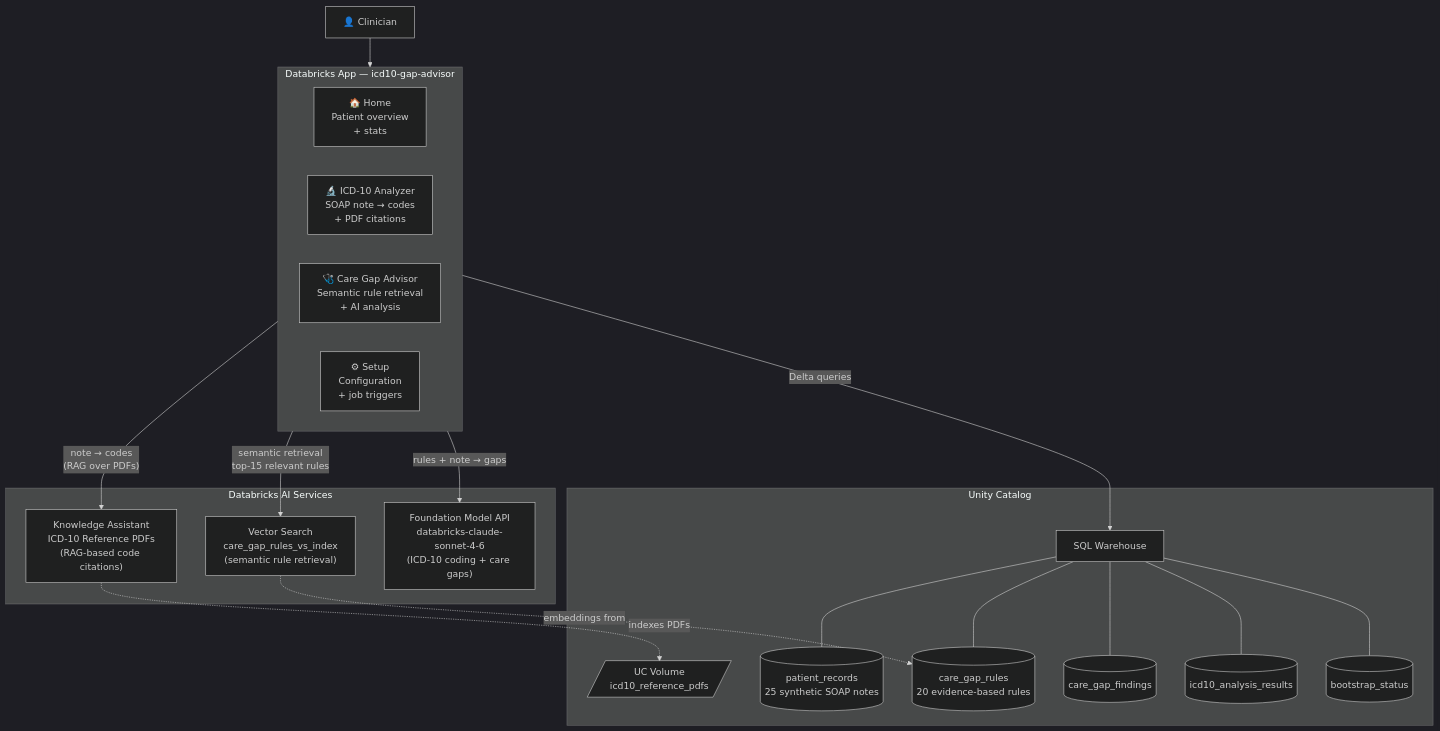
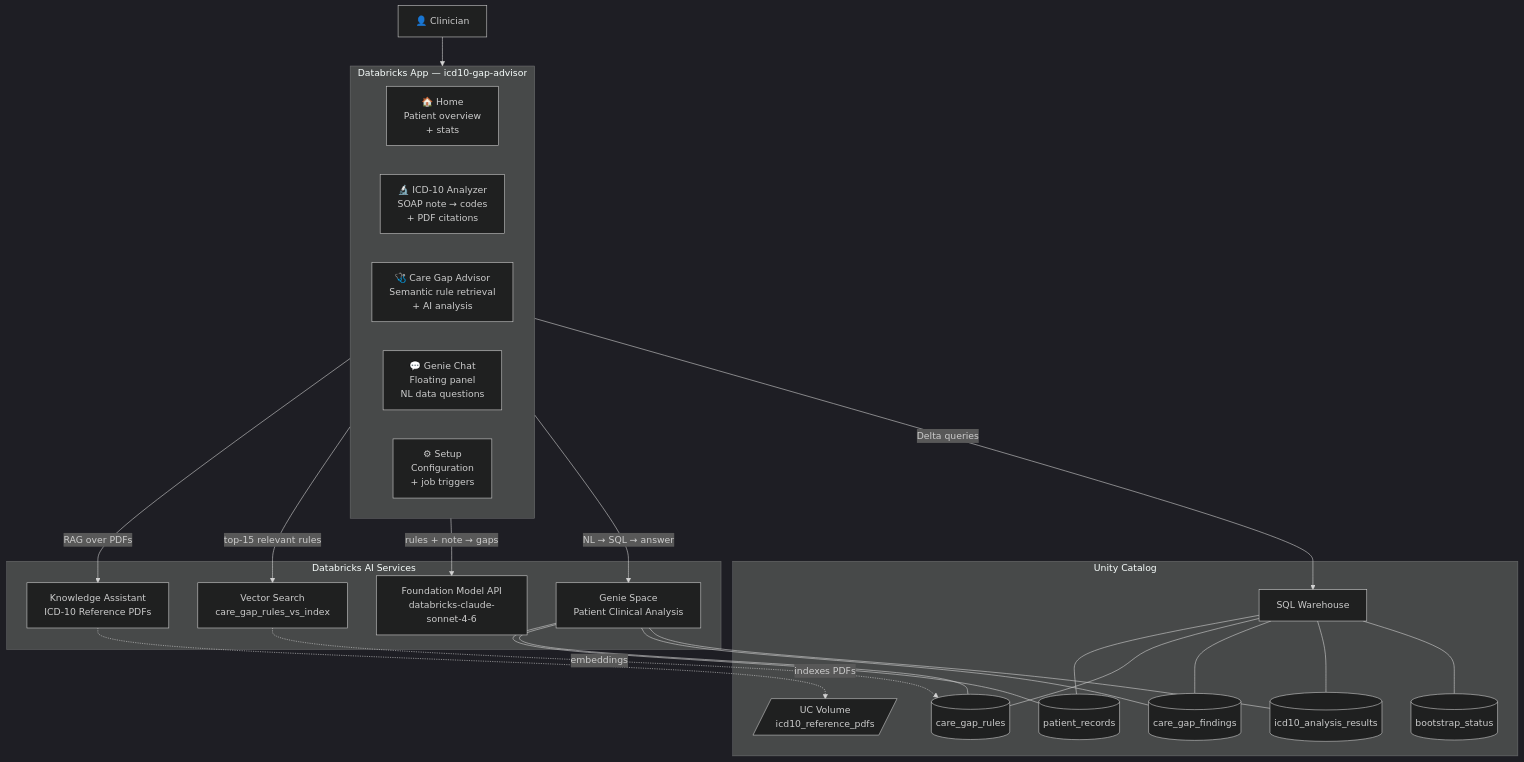
Before and after one commit to kuldeep-in/icd10-gapanalysis-demo: the first of 3 diagrams in README.md, drawn with Mermaid (dark theme). The commit also changed other lines of this file and 5 other files, not shown here.

````diff
--- a/README.md
+++ b/README.md
@@ -15,37 +18,41 @@
 ```mermaid
 graph TB
     U["👤 Clinician"]
 
     subgraph APP["Databricks App — icd10-gap-advisor"]
         direction LR
         HOME["🏠 Home\nPatient overview\n+ stats"]
         ICD["🔬 ICD-10 Analyzer\nSOAP note → codes\n+ PDF citations"]
         GAP["🩺 Care Gap Advisor\nSemantic rule retrieval\n+ AI analysis"]
+        GEN["💬 Genie Chat\nFloating panel\nNL data questions"]
         STP["⚙ Setup\nConfiguration\n+ job triggers"]
     end
 
     subgraph AI["Databricks AI Services"]
-        FMAPI["Foundation Model API\ndatabricks-claude-sonnet-4-6\n(ICD-10 coding + care gaps)"]
-        KA["Knowledge Assistant\nICD-10 Reference PDFs\n(RAG-based code citations)"]
-        VS["Vector Search\ncare_gap_rules_vs_index\n(semantic rule retrieval)"]
+        FMAPI["Foundation Model API\ndatabricks-claude-sonnet-4-6"]
+        KA["Knowledge Assistant\nICD-10 Reference PDFs"]
+        VS["Vector Search\ncare_gap_rules_vs_index"]
+        GENIE["Genie Space\nPatient Clinical Analysis"]
     end
 
     subgraph UC["Unity Catalog"]
         WH["SQL Warehouse"]
-        PR[("patient_records\n25 synthetic SOAP notes")]
-        CGR[("care_gap_rules\n20 evidence-based rules")]
+        PR[("patient_records")]
+        CGR[("care_gap_rules")]
         CGF[("care_gap_findings")]
         ICDR[("icd10_analysis_results")]
         BS[("bootstrap_status")]
         VOL[/"UC Volume\nicd10_reference_pdfs"/]
     end
 
     U --> APP
-    ICD -->|"note → codes\n(RAG over PDFs)"| KA
-    GAP -->|"semantic retrieval\ntop-15 relevant rules"| VS
+    ICD -->|"RAG over PDFs"| KA
+    GAP -->|"top-15 relevant rules"| VS
     GAP -->|"rules + note → gaps"| FMAPI
+    GEN -->|"NL → SQL → answer"| GENIE
     APP -->|"Delta queries"| WH
     WH --- PR & CGR & CGF & ICDR & BS
+    GENIE --- PR & CGR & CGF & ICDR
     KA -.->|"indexes PDFs"| VOL
-    VS -.->|"embeddings from"| CGR
+    VS -.->|"embeddings"| CGR
 ```
````
